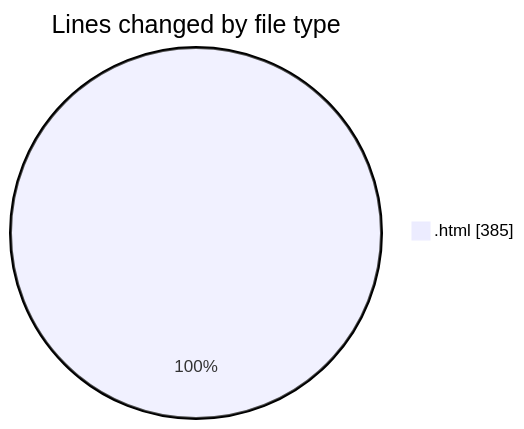
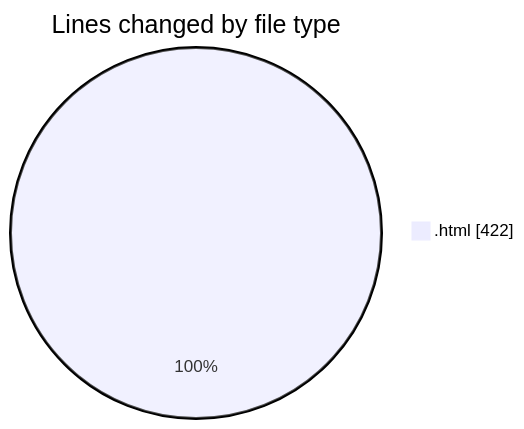
The first of 2 diagrams in 2025-01-07/nueva_carpeta/README.md (LanceThiago/code-tracking), drawn with Mermaid before and after one commit. The commit also changed other lines of this file and 1 other file, not shown here.

````diff
--- a/2025-01-07/nueva_carpeta/README.md
+++ b/2025-01-07/nueva_carpeta/README.md
@@ -20,5 +20,5 @@
 ```mermaid
 pie showData
 title Lines changed by file type
-".html" : 385
+".html" : 422
 ```
````
